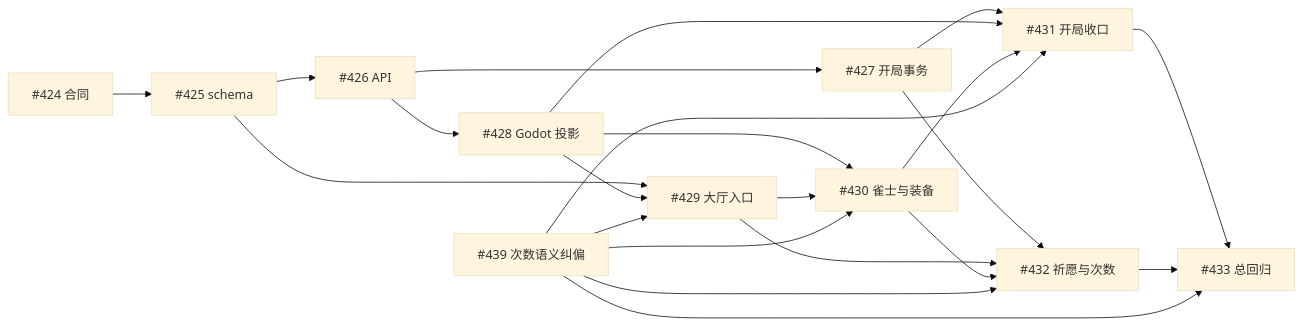
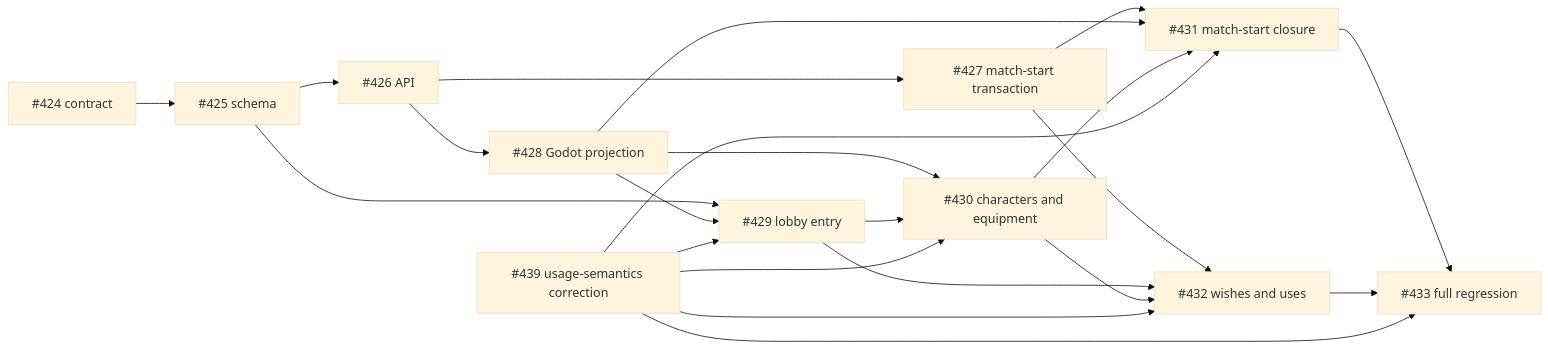
Before and after one commit to lov-team/akasha-grimoire: the diagram in README.md, drawn with Mermaid (base theme). The commit also changed other lines of this file and 3 other files, not shown here.

````diff
--- a/README.md
+++ b/README.md
@@ -173,24 +173,24 @@
 ```mermaid
 graph LR
-  A["#424 合同"] --> B["#425 schema"]
+  A["#424 contract"] --> B["#425 schema"]
   B --> C["#426 API"]
-  B --> F["#429 大厅入口"]
-  C --> D["#427 开局事务"]
-  C --> E["#428 Godot 投影"]
-  E --> F["#429 大厅入口"]
-  E --> G["#430 雀士与装备"]
+  B --> F["#429 lobby entry"]
+  C --> D["#427 match-start transaction"]
+  C --> E["#428 Godot projection"]
+  E --> F["#429 lobby entry"]
+  E --> G["#430 characters and equipment"]
   F --> G
-  K["#439 次数语义纠偏"] --> F
+  K["#439 usage-semantics correction"] --> F
   K --> G
-  D --> H["#431 开局收口"]
+  D --> H["#431 match-start closure"]
   E --> H
   G --> H
-  D --> I["#432 祈愿与次数"]
+  D --> I["#432 wishes and uses"]
   F --> I
   G --> I
   K --> H
   K --> I
-  H --> J["#433 总回归"]
+  H --> J["#433 full regression"]
   I --> J
   K --> J
 ```
````
